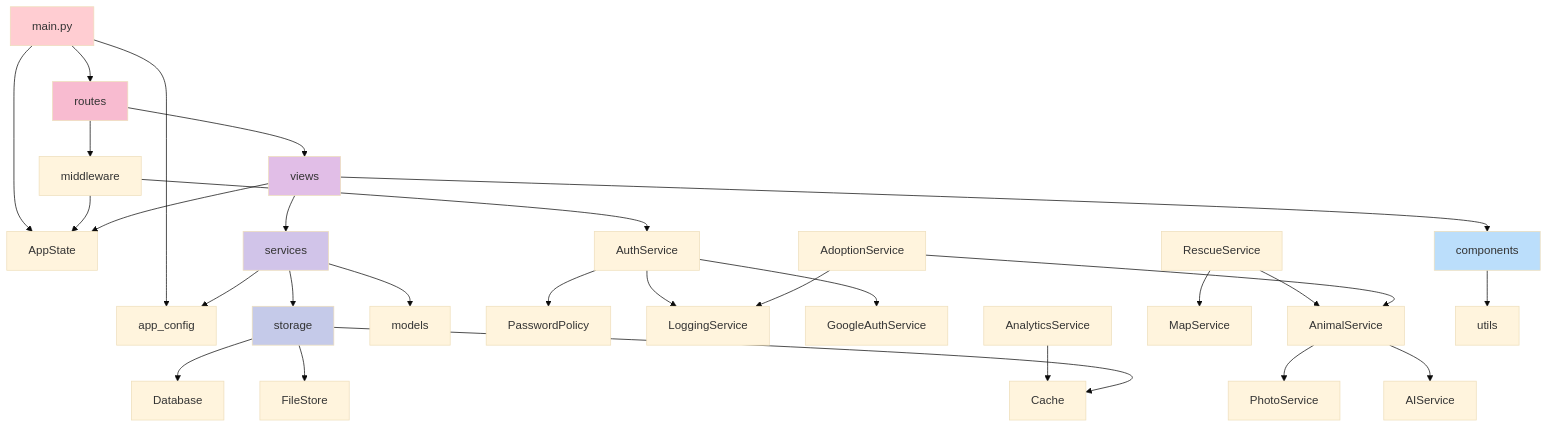
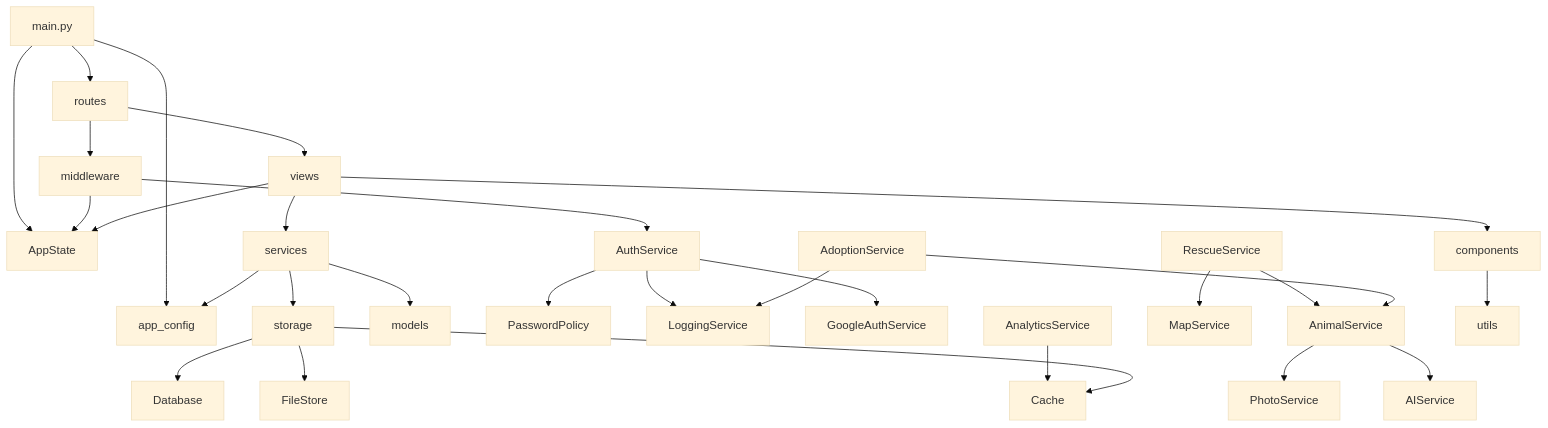
Before and after one commit to clepord34/PawRes: the tenth of 10 diagrams in docs/ARCHITECTURE.md, drawn with Mermaid (base theme). The commit also changed other lines of this file and 10 other files, not shown here.

````diff
--- a/docs/ARCHITECTURE.md
+++ b/docs/ARCHITECTURE.md
@@ -638,47 +615,40 @@
 ```mermaid
 graph TD
     main[main.py] --> routes
     main --> AppState
     main --> app_config
     
     routes --> middleware
     routes --> views
     middleware --> AuthService
     middleware --> AppState
     
     views --> components
     views --> services
     views --> AppState
     
     services --> storage
     services --> models
     services --> app_config
     
     AuthService --> PasswordPolicy
     AuthService --> LoggingService
     AuthService --> GoogleAuthService
     
     AnimalService --> PhotoService
     AnimalService --> AIService
     
     RescueService --> MapService
     RescueService --> AnimalService
     
     AdoptionService --> AnimalService
     AdoptionService --> LoggingService
     
     AnalyticsService --> Cache
     
     storage --> Database
     storage --> FileStore
     storage --> Cache
     
     components --> utils
-    
-    style main fill:#ffcdd2
-    style routes fill:#f8bbd0
-    style views fill:#e1bee7
-    style services fill:#d1c4e9
-    style storage fill:#c5cae9
-    style components fill:#bbdefb
 ```
````
